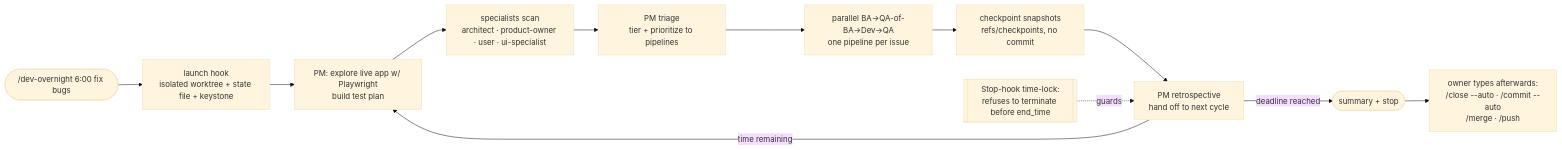
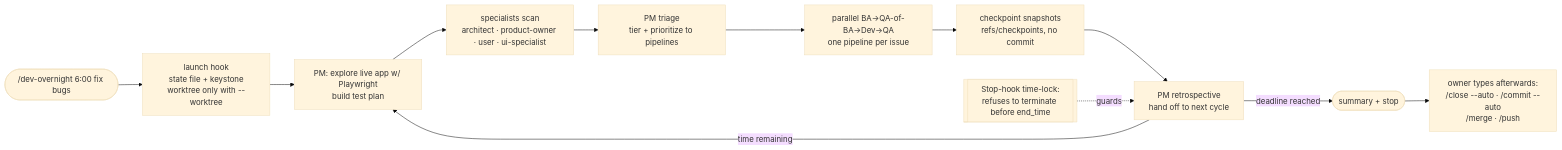
Before and after one commit to Yugoge/awesome-claude-harness: the fifth of 5 diagrams in ARCHITECTURE.md, drawn with Mermaid (base theme). The commit also changed other lines of this file and 1 other file, not shown here.

First line of the commit message:
P2 (R16): README and ARCHITECTURE: overnight works in the checkout by default; the time-lock's closeout

````diff
--- a/ARCHITECTURE.md
+++ b/ARCHITECTURE.md
@@ -307,15 +307,15 @@
 ```mermaid
 flowchart LR
-    S([/dev-overnight 6:00 fix bugs]) --> WT[launch hook<br/>isolated worktree + state file + keystone]
+    S([/dev-overnight 6:00 fix bugs]) --> WT["launch hook<br/>state file + keystone<br/>worktree only with --worktree"]
     WT --> PM[PM: explore live app w/ Playwright<br/>build test plan]
     PM --> SP[specialists scan<br/>architect · product-owner · user · ui-specialist]
     SP --> TR[PM triage<br/>tier + prioritize to pipelines]
     TR --> PARA[parallel BA→QA-of-BA→Dev→QA<br/>one pipeline per issue]
     PARA --> CM[checkpoint snapshots<br/>refs/checkpoints, no commit]
     CM --> RT[PM retrospective<br/>hand off to next cycle]
     RT -->|time remaining| PM
     RT -->|deadline reached| SUM([summary + stop])
     SUM --> LAND["owner types afterwards:<br/>/close --auto · /commit --auto<br/>/merge · /push"]
 
     TL[[Stop-hook time-lock:<br/>refuses to terminate before end_time]] -.guards.-> RT
 ```
````
